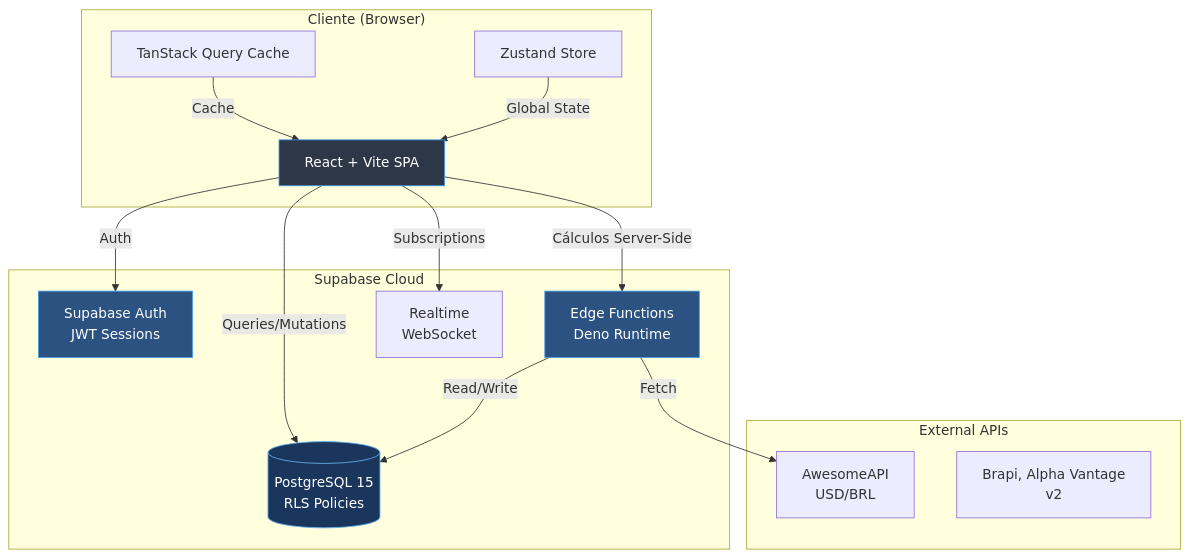
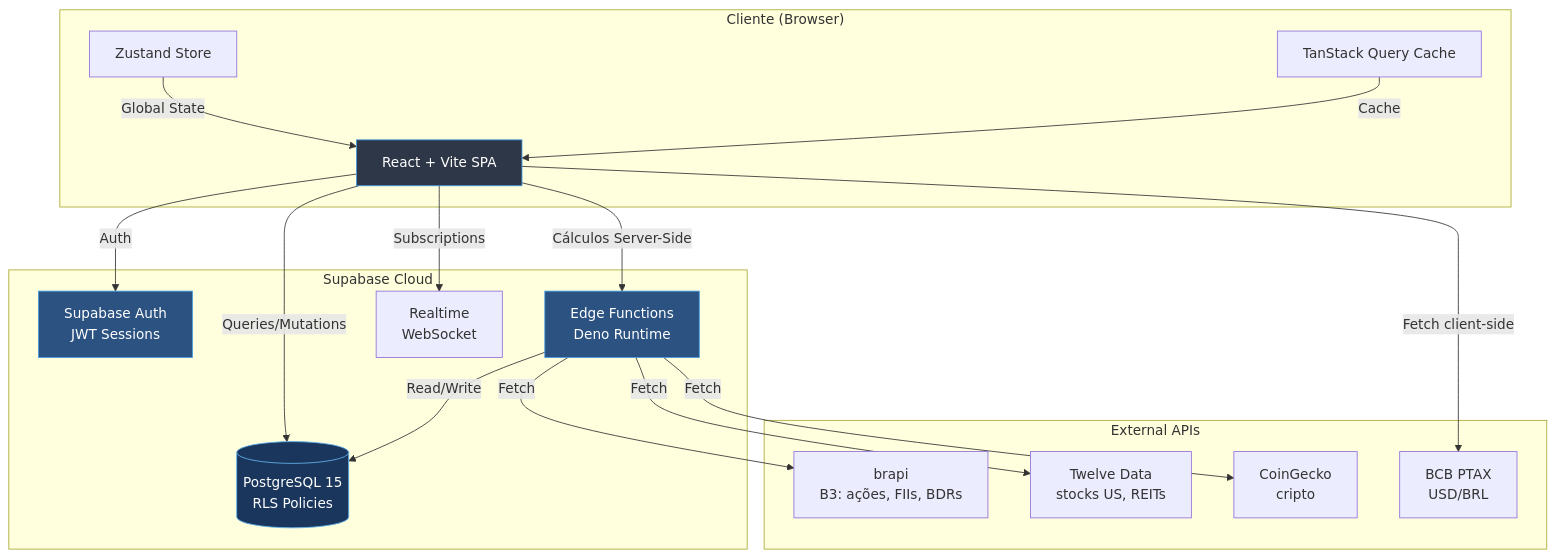
Before and after one commit to Investvalora/Valora: the first of 3 diagrams in _bmad-output/planning-artifacts/architecture/architecture-Valora-2026-08-15/ARCHITECTURE-SPINE.md, drawn with Mermaid. The commit also changed other lines of this file and 6 other files, not shown here.

````diff
--- a/_bmad-output/planning-artifacts/architecture/architecture-Valora-2026-08-15/ARCHITECTURE-SPINE.md
+++ b/_bmad-output/planning-artifacts/architecture/architecture-Valora-2026-08-15/ARCHITECTURE-SPINE.md
@@ -568,34 +610,39 @@
 ```mermaid
 graph TD
     subgraph "Cliente (Browser)"
         UI[React + Vite SPA]
         Zustand[Zustand Store]
         TQ[TanStack Query Cache]
     end
     
     subgraph "Supabase Cloud"
         Auth[Supabase Auth<br/>JWT Sessions]
         PG[(PostgreSQL 15<br/>RLS Policies)]
         EdgeFn[Edge Functions<br/>Deno Runtime]
         Realtime[Realtime<br/>WebSocket]
     end
     
     subgraph "External APIs"
-        AwesomeAPI[AwesomeAPI<br/>USD/BRL]
-        Future[Brapi, Alpha Vantage<br/>v2]
+        BCB[BCB PTAX<br/>USD/BRL]
+        Brapi[brapi<br/>B3: ações, FIIs, BDRs]
+        TwelveData[Twelve Data<br/>stocks US, REITs]
+        CoinGecko[CoinGecko<br/>cripto]
     end
     
     UI -->|Auth| Auth
     UI -->|Queries/Mutations| PG
     UI -->|Subscriptions| Realtime
     UI -->|Cálculos Server-Side| EdgeFn
     EdgeFn -->|Read/Write| PG
-    EdgeFn -->|Fetch| AwesomeAPI
+    EdgeFn -->|Fetch| Brapi
+    EdgeFn -->|Fetch| TwelveData
+    EdgeFn -->|Fetch| CoinGecko
+    UI -->|Fetch client-side| BCB
     TQ -->|Cache| UI
     Zustand -->|Global State| UI
     
     style UI fill:#2d3748,stroke:#4299e1,color:#fff
     style PG fill:#1a365d,stroke:#63b3ed,color:#fff
     style EdgeFn fill:#2c5282,stroke:#4299e1,color:#fff
     style Auth fill:#2c5282,stroke:#4299e1,color:#fff
 ```
````
